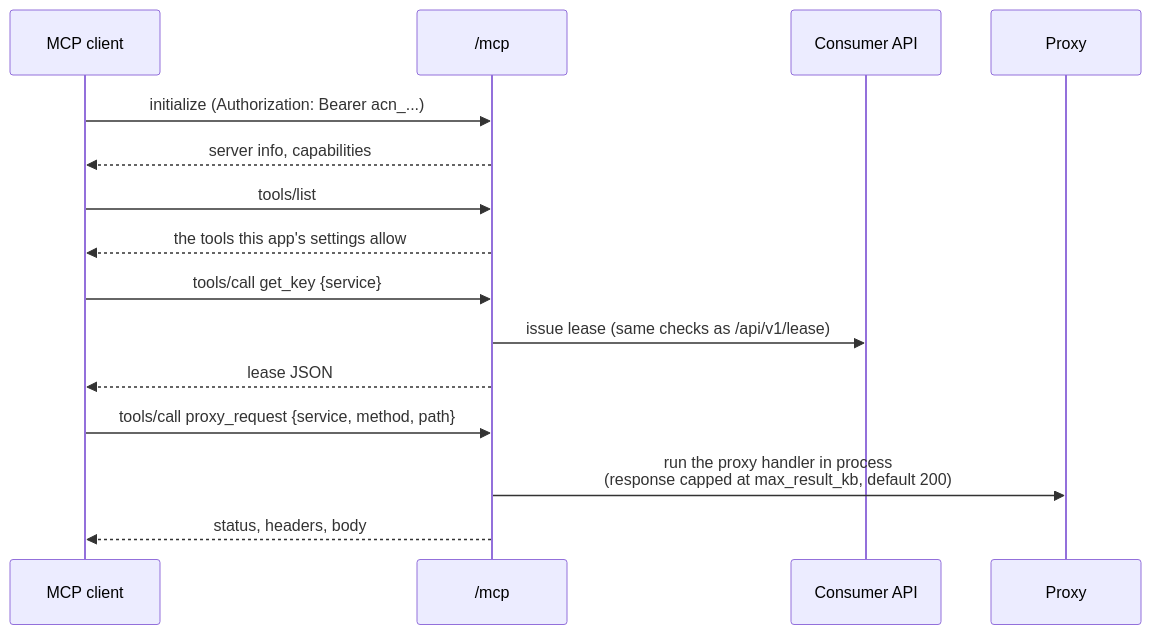
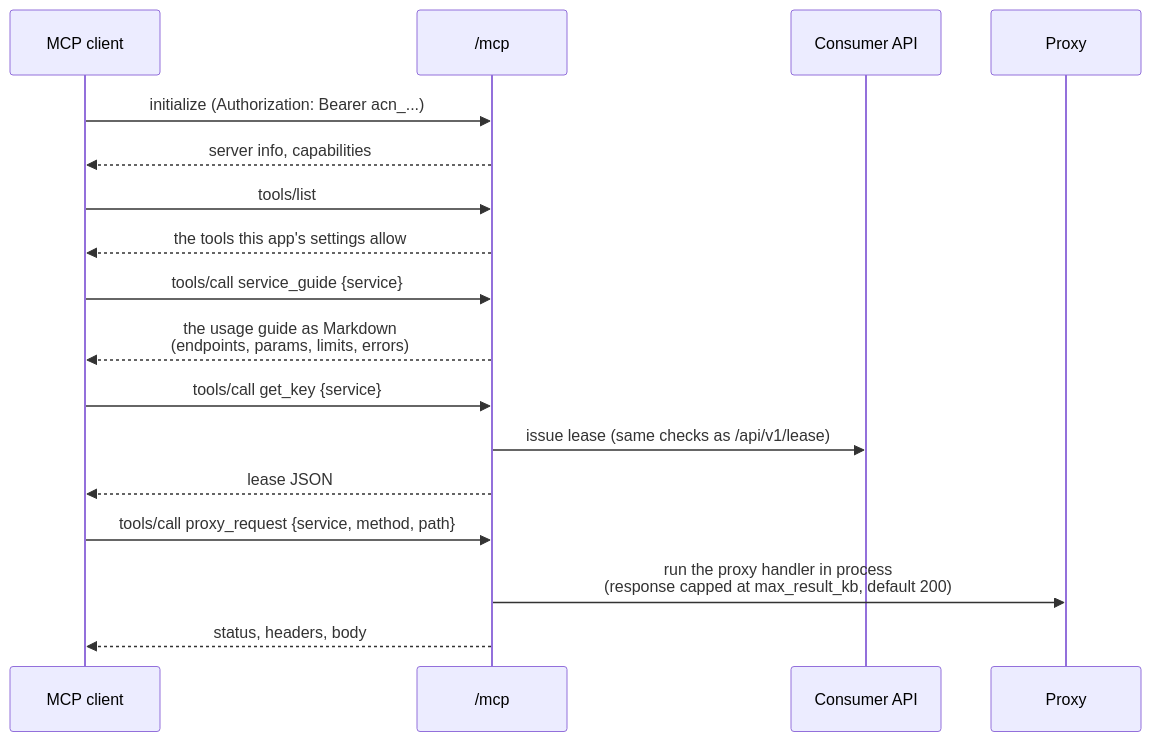
One commit to sidharthpunathil/acnologia changed the eighth of 19 diagrams in docs/flows.md. Above: the diagram before and after it, drawn with Mermaid. The commit also changed other lines of this file and 9 other files, not shown here.

````diff
--- a/docs/flows.md
+++ b/docs/flows.md
@@ -275,18 +282,20 @@
 ```mermaid
 sequenceDiagram
     participant Ag as MCP client
     participant M as /mcp
     participant C as Consumer API
     participant P as Proxy
 
     Ag->>M: initialize (Authorization: Bearer acn_...)
     M-->>Ag: server info, capabilities
     Ag->>M: tools/list
     M-->>Ag: the tools this app's settings allow
+    Ag->>M: tools/call service_guide {service}
+    M-->>Ag: the usage guide as Markdown<br/>(endpoints, params, limits, errors)
     Ag->>M: tools/call get_key {service}
     M->>C: issue lease (same checks as /api/v1/lease)
     M-->>Ag: lease JSON
     Ag->>M: tools/call proxy_request {service, method, path}
     M->>P: run the proxy handler in process<br/>(response capped at max_result_kb, default 200)
     M-->>Ag: status, headers, body
 ```
````
